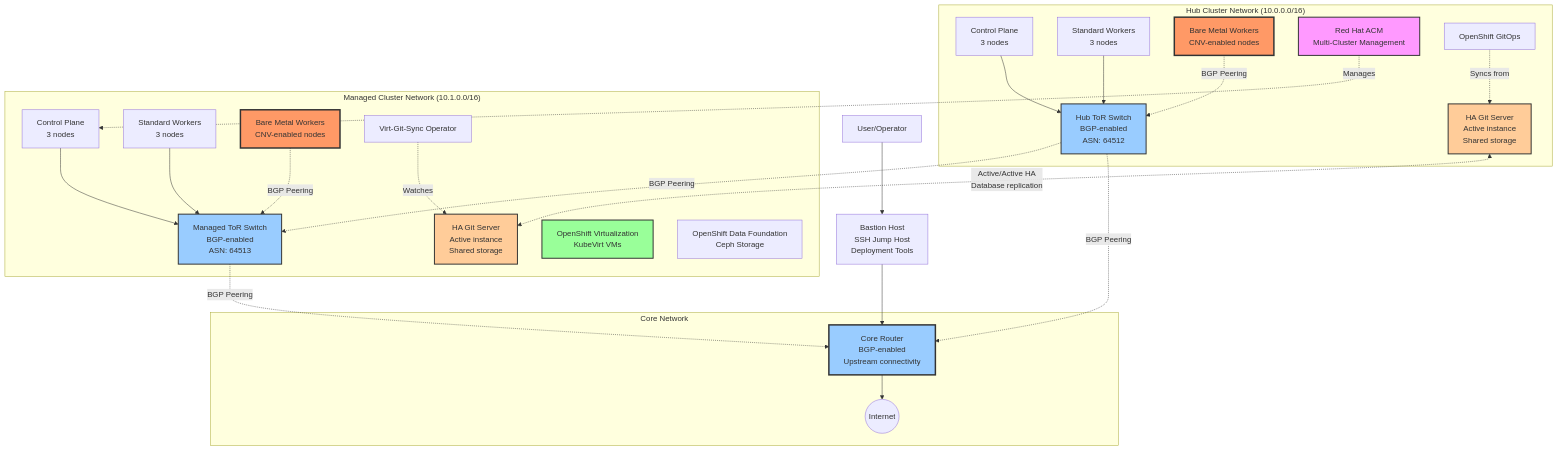
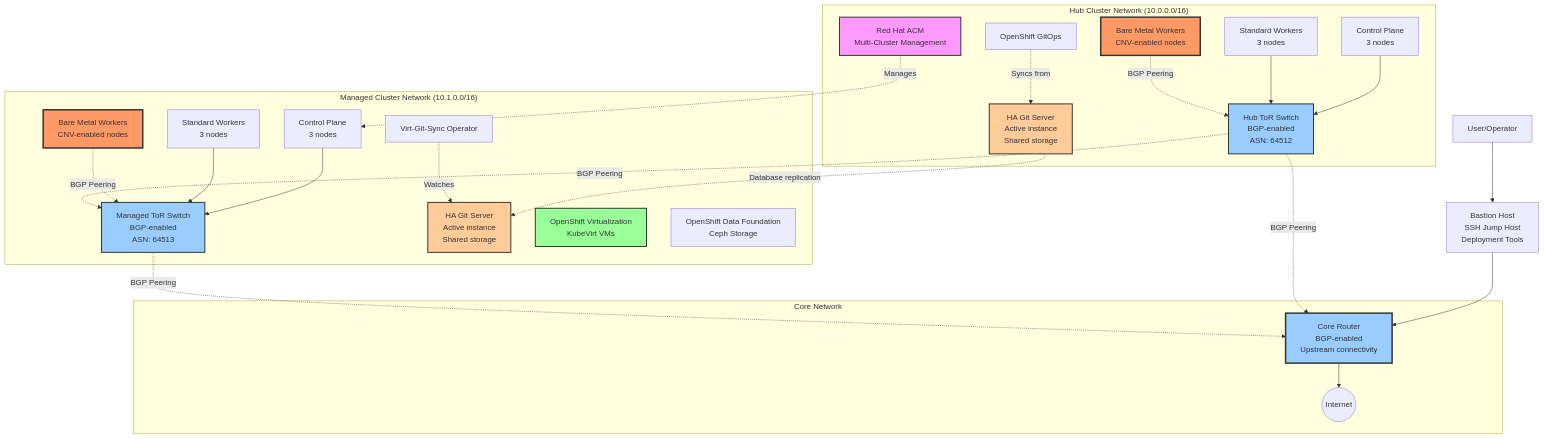
The first of 8 diagrams in docs/logical-architecture.md (mathianasj/virt-git-sync-demo), drawn with Mermaid before and after one commit. The commit also changed other lines of this file, not shown here.

First line of the commit message:
Fix Mermaid diagram rendering issues for GitHub

````diff
--- a/docs/logical-architecture.md
+++ b/docs/logical-architecture.md
@@ -24,64 +24,62 @@
 ```mermaid
 flowchart TB
     User[User/Operator]
     User --> Bastion[Bastion Host<br/>SSH Jump Host<br/>Deployment Tools]
     
     Bastion --> CoreRouter
     
     subgraph HubCluster["Hub Cluster Network (10.0.0.0/16)"]
         HubCP[Control Plane<br/>3 nodes]
         HubWorkers[Standard Workers<br/>3 nodes]
         HubBM[Bare Metal Workers<br/>CNV-enabled nodes]
         HubToR[Hub ToR Switch<br/>BGP-enabled<br/>ASN: 64512]
         ACM[Red Hat ACM<br/>Multi-Cluster Management]
         GitOps[OpenShift GitOps]
         HubGit[HA Git Server<br/>Active instance<br/>Shared storage]
         
         HubCP --> HubToR
         HubWorkers --> HubToR
         HubBM -.BGP Peering.-> HubToR
     end
     
     subgraph MgdCluster["Managed Cluster Network (10.1.0.0/16)"]
         MgdCP[Control Plane<br/>3 nodes]
         MgdWorkers[Standard Workers<br/>3 nodes]
         MgdBM[Bare Metal Workers<br/>CNV-enabled nodes]
         MgdToR[Managed ToR Switch<br/>BGP-enabled<br/>ASN: 64513]
         MgdGit[HA Git Server<br/>Active instance<br/>Shared storage]
         VirtSync[Virt-Git-Sync Operator]
         CNV[OpenShift Virtualization<br/>KubeVirt VMs]
         ODF[OpenShift Data Foundation<br/>Ceph Storage]
         
         MgdCP --> MgdToR
         MgdWorkers --> MgdToR
         MgdBM -.BGP Peering.-> MgdToR
     end
     
     subgraph CoreNet["Core Network"]
         CoreRouter[Core Router<br/>BGP-enabled<br/>Upstream connectivity]
         Internet((Internet))
         
         CoreRouter --> Internet
     end
     
-    HubCluster ~~~ MgdCluster
-    
     HubToR -.BGP Peering.-> CoreRouter
     MgdToR -.BGP Peering.-> CoreRouter
     HubToR -.BGP Peering.-> MgdToR
     
-    HubGit <-.Active/Active HA<br/>Database replication.-> MgdGit
+    HubGit -.Database replication.-> MgdGit
     GitOps -.Syncs from.-> HubGit
     VirtSync -.Watches.-> MgdGit
     ACM -.Manages.-> MgdCP
     
     style HubBM fill:#f96,stroke:#333,stroke-width:3px
     style MgdBM fill:#f96,stroke:#333,stroke-width:3px
     style HubToR fill:#9cf,stroke:#333,stroke-width:2px
     style MgdToR fill:#9cf,stroke:#333,stroke-width:2px
     style CoreRouter fill:#9cf,stroke:#333,stroke-width:3px
     style ACM fill:#f9f,stroke:#333,stroke-width:2px
     style CNV fill:#9f9,stroke:#333,stroke-width:2px
     style HubGit fill:#fc9,stroke:#333,stroke-width:2px
     style MgdGit fill:#fc9,stroke:#333,stroke-width:2px
 ```
````
